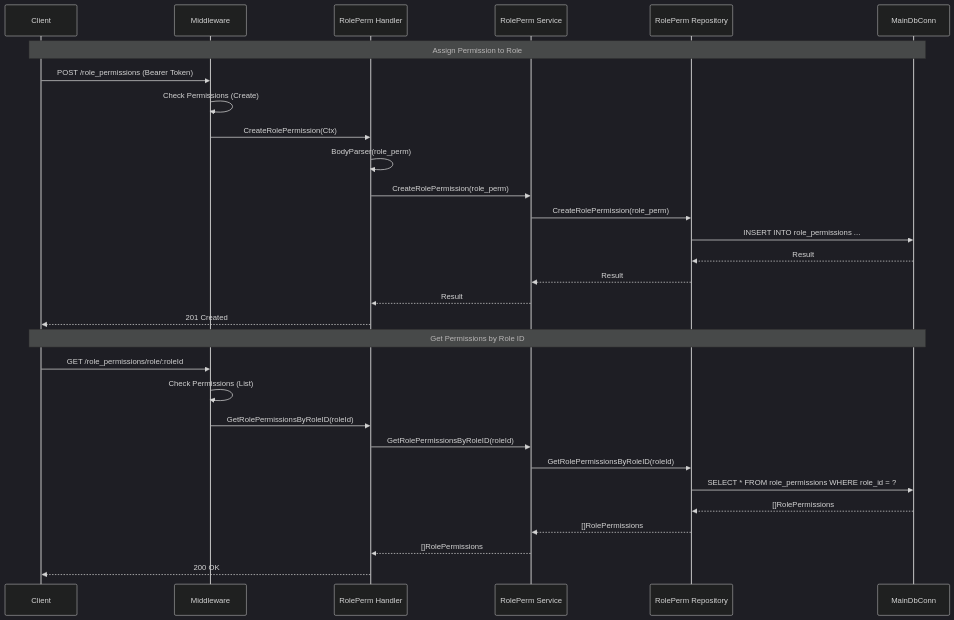
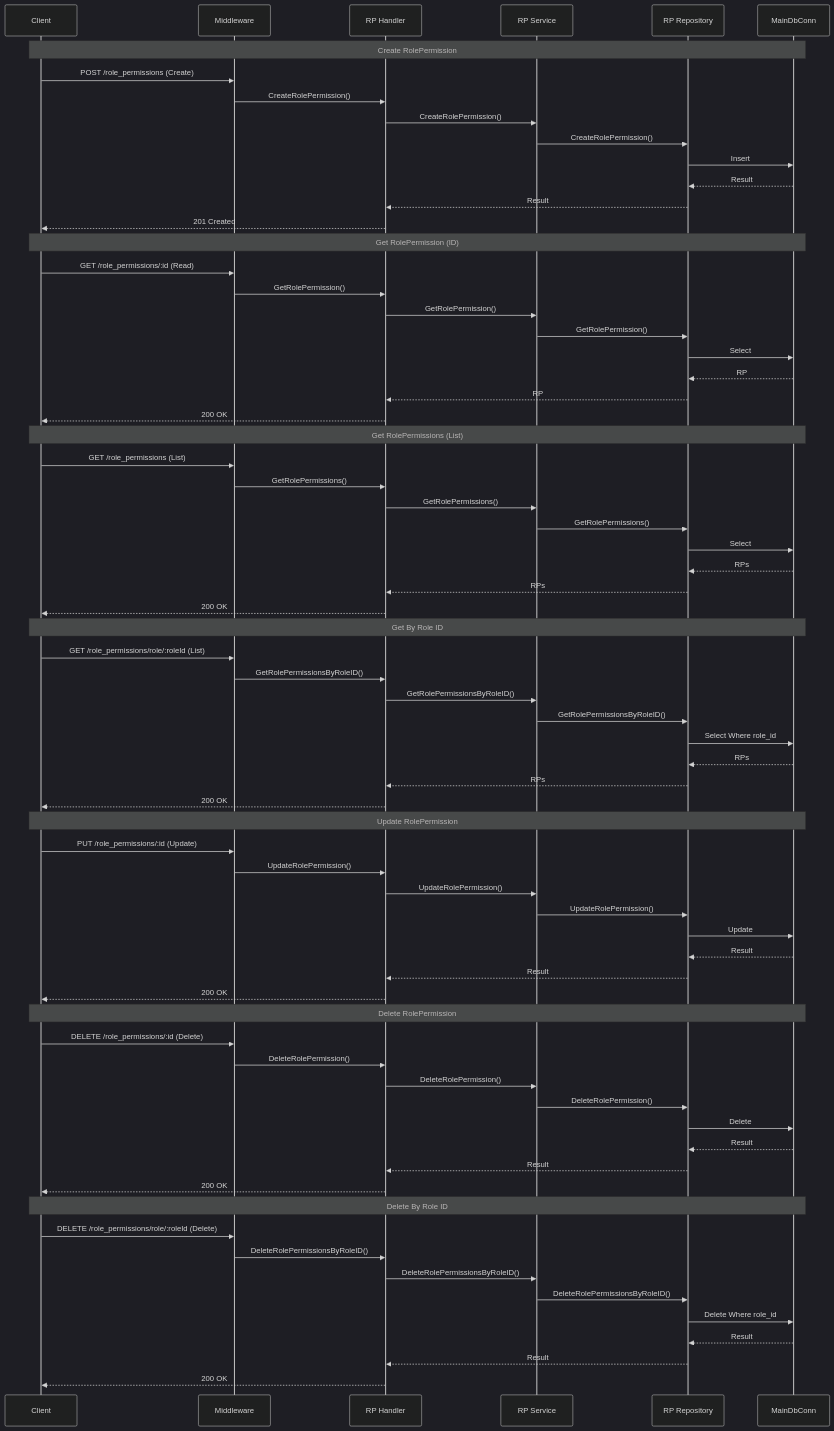
The diagram in flow/role_permission_flow.md (ChangerzaryX1602/sysware-test), drawn with Mermaid (dark theme) before and after one commit. The commit also changed 4 other files, not shown here.

Commit message:
feat: Add comprehensive CRUD sequence diagrams for roles, role permissions, and permissions, standardize flow structure, and introduce a new preview file.

````diff
--- a/flow/role_permission_flow.md
+++ b/flow/role_permission_flow.md
@@ -1,36 +1,79 @@
 ```mermaid
 sequenceDiagram
     participant Client
     participant MW as Middleware
-    participant H as RolePerm Handler
-    participant S as RolePerm Service
-    participant R as RolePerm Repository
+    participant H as RP Handler
+    participant S as RP Service
+    participant R as RP Repository
     participant DB as MainDbConn
 
-    note over Client, DB: Assign Permission to Role
-    Client->>MW: POST /role_permissions (Bearer Token)
-    MW->>MW: Check Permissions (Create)
-
-    MW->>H: CreateRolePermission(Ctx)
-    H->>H: BodyParser(role_perm)
-    H->>S: CreateRolePermission(role_perm)
-    S->>R: CreateRolePermission(role_perm)
-    R->>DB: INSERT INTO role_permissions ...
+    note over Client, DB: Create RolePermission
+    Client->>MW: POST /role_permissions (Create)
+    MW->>H: CreateRolePermission()
+    H->>S: CreateRolePermission()
+    S->>R: CreateRolePermission()
+    R->>DB: Insert
     DB-->>R: Result
-    R-->>S: Result
-    S-->>H: Result
+    R-->>H: Result
     H-->>Client: 201 Created
 
-    note over Client, DB: Get Permissions by Role ID
-    Client->>MW: GET /role_permissions/role/:roleId
-    MW->>MW: Check Permissions (List)
+    note over Client, DB: Get RolePermission (ID)
+    Client->>MW: GET /role_permissions/:id (Read)
+    MW->>H: GetRolePermission()
+    H->>S: GetRolePermission()
+    S->>R: GetRolePermission()
+    R->>DB: Select
+    DB-->>R: RP
+    R-->>H: RP
+    H-->>Client: 200 OK
 
-    MW->>H: GetRolePermissionsByRoleID(roleId)
-    H->>S: GetRolePermissionsByRoleID(roleId)
-    S->>R: GetRolePermissionsByRoleID(roleId)
-    R->>DB: SELECT * FROM role_permissions WHERE role_id = ?
-    DB-->>R: []RolePermissions
-    R-->>S: []RolePermissions
-    S-->>H: []RolePermissions
+    note over Client, DB: Get RolePermissions (List)
+    Client->>MW: GET /role_permissions (List)
+    MW->>H: GetRolePermissions()
+    H->>S: GetRolePermissions()
+    S->>R: GetRolePermissions()
+    R->>DB: Select
+    DB-->>R: RPs
+    R-->>H: RPs
+    H-->>Client: 200 OK
+
+    note over Client, DB: Get By Role ID
+    Client->>MW: GET /role_permissions/role/:roleId (List)
+    MW->>H: GetRolePermissionsByRoleID()
+    H->>S: GetRolePermissionsByRoleID()
+    S->>R: GetRolePermissionsByRoleID()
+    R->>DB: Select Where role_id
+    DB-->>R: RPs
+    R-->>H: RPs
+    H-->>Client: 200 OK
+
+    note over Client, DB: Update RolePermission
+    Client->>MW: PUT /role_permissions/:id (Update)
+    MW->>H: UpdateRolePermission()
+    H->>S: UpdateRolePermission()
+    S->>R: UpdateRolePermission()
+    R->>DB: Update
+    DB-->>R: Result
+    R-->>H: Result
+    H-->>Client: 200 OK
+
+    note over Client, DB: Delete RolePermission
+    Client->>MW: DELETE /role_permissions/:id (Delete)
+    MW->>H: DeleteRolePermission()
+    H->>S: DeleteRolePermission()
+    S->>R: DeleteRolePermission()
+    R->>DB: Delete
+    DB-->>R: Result
+    R-->>H: Result
+    H-->>Client: 200 OK
+
+    note over Client, DB: Delete By Role ID
+    Client->>MW: DELETE /role_permissions/role/:roleId (Delete)
+    MW->>H: DeleteRolePermissionsByRoleID()
+    H->>S: DeleteRolePermissionsByRoleID()
+    S->>R: DeleteRolePermissionsByRoleID()
+    R->>DB: Delete Where role_id
+    DB-->>R: Result
+    R-->>H: Result
     H-->>Client: 200 OK
 ```
````
